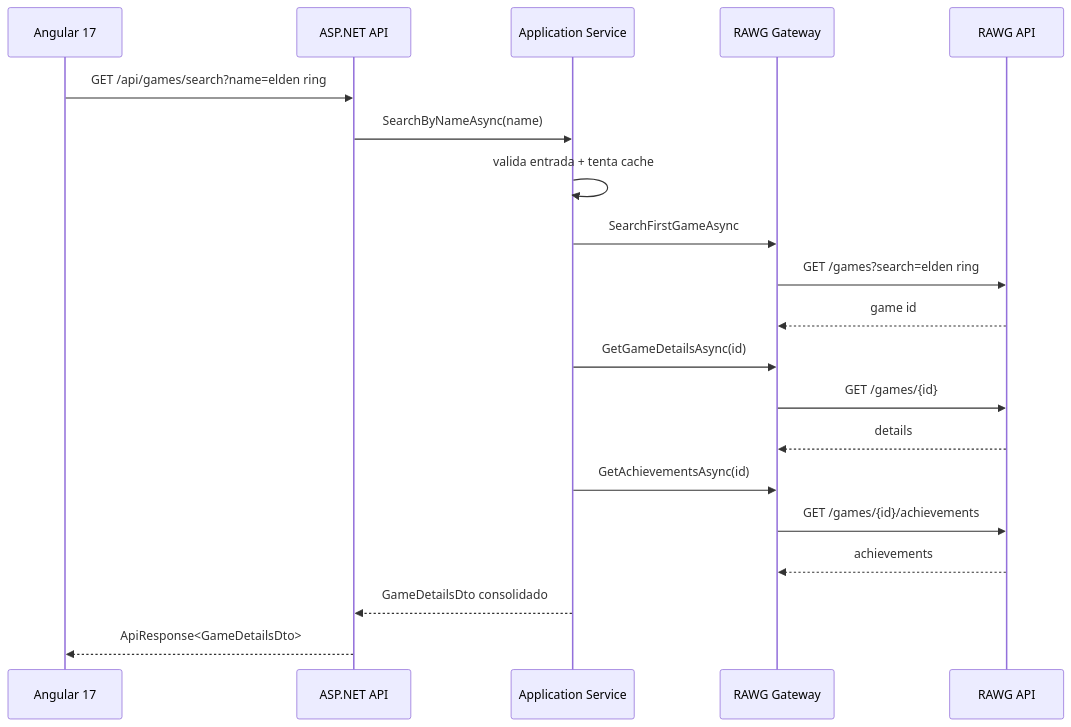
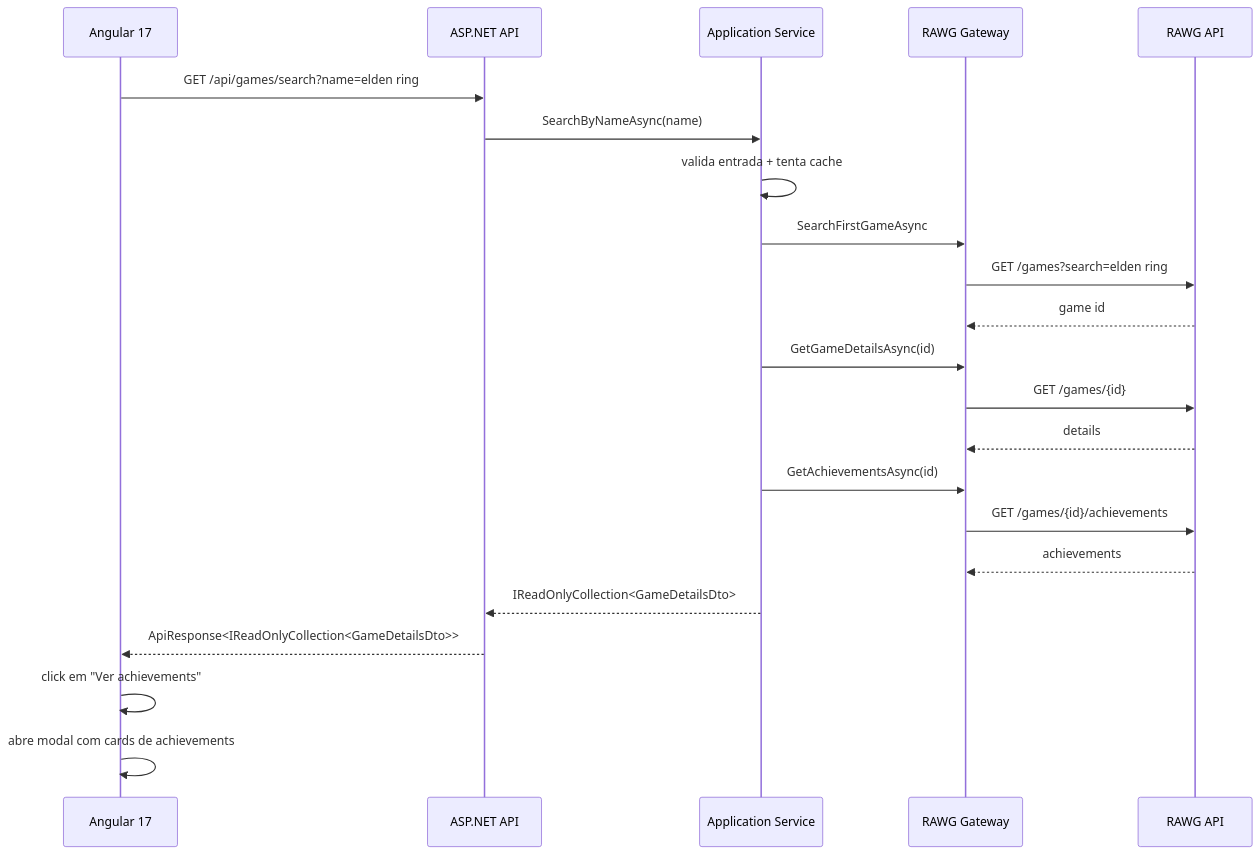
One commit to RicardoSpernega/vetera changed the diagram in README/architecture.md. Above: the diagram before and after it, drawn with Mermaid. The commit also changed 12 other files, not shown here.

````diff
--- a/README/architecture.md
+++ b/README/architecture.md
@@ -30,23 +30,25 @@
 ```mermaid
 sequenceDiagram
   participant UI as Angular 17
   participant API as ASP.NET API
   participant APP as Application Service
   participant INF as RAWG Gateway
   participant RAWG as RAWG API
 
   UI->>API: GET /api/games/search?name=elden ring
   API->>APP: SearchByNameAsync(name)
   APP->>APP: valida entrada + tenta cache
   APP->>INF: SearchFirstGameAsync
   INF->>RAWG: GET /games?search=elden ring
   RAWG-->>INF: game id
   APP->>INF: GetGameDetailsAsync(id)
   INF->>RAWG: GET /games/{id}
   RAWG-->>INF: details
   APP->>INF: GetAchievementsAsync(id)
   INF->>RAWG: GET /games/{id}/achievements
   RAWG-->>INF: achievements
-  APP-->>API: GameDetailsDto consolidado
-  API-->>UI: ApiResponse<GameDetailsDto>
+  APP-->>API: IReadOnlyCollection<GameDetailsDto>
+  API-->>UI: ApiResponse<IReadOnlyCollection<GameDetailsDto>>
+  UI->>UI: click em "Ver achievements"
+  UI->>UI: abre modal com cards de achievements
 ```
````
